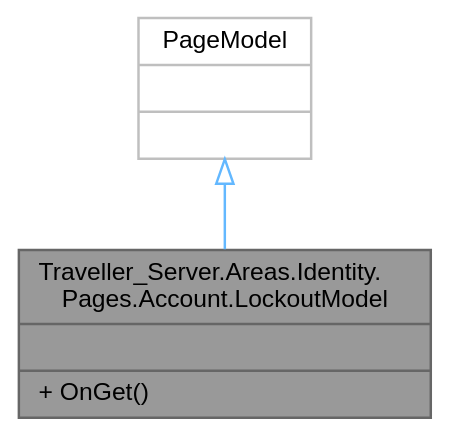
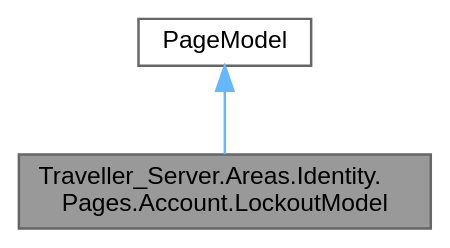
One commit to VenelinArgirov/manual-tecnico.github.io changed the diagram in Servidor/class_traveller___server_1_1_areas_1_1_identity_1_1_pages_1_1_account_1_1_lockout_model__inherit__graph.dot. Above: the diagram before and after it, drawn with Graphviz. The commit also changed 819 other files, not shown here.

```diff
--- a/Servidor/class_traveller___server_1_1_areas_1_1_identity_1_1_pages_1_1_account_1_1_lockout_model__inherit__graph.dot
+++ b/Servidor/class_traveller___server_1_1_areas_1_1_identity_1_1_pages_1_1_account_1_1_lockout_model__inherit__graph.dot
@@ -1,10 +1,10 @@
 digraph "Traveller_Server.Areas.Identity.Pages.Account.LockoutModel"
 {
  // LATEX_PDF_SIZE
   bgcolor="transparent";
   edge [fontname=Helvetica,fontsize=10,labelfontname=Helvetica,labelfontsize=10];
   node [fontname=Helvetica,fontsize=10,shape=box,height=0.2,width=0.4];
-  Node1 [shape=record,label="{Traveller_Server.Areas.Identity.\lPages.Account.LockoutModel\n||+ OnGet()\l}",height=0.2,width=0.4,color="gray40", fillcolor="grey60", style="filled", fontcolor="black",tooltip="This API supports the ASP.NET Core Identity default UI infrastructure and is not intended to be used ..."];
-  Node2 -> Node1 [dir="back",color="steelblue1",style="solid",arrowtail="onormal"];
-  Node2 [shape=record,label="{PageModel\n||}",height=0.2,width=0.4,color="grey75", fillcolor="white", style="filled",tooltip=" "];
+  Node1 [label="Traveller_Server.Areas.Identity.\lPages.Account.LockoutModel",height=0.2,width=0.4,color="gray40", fillcolor="grey60", style="filled", fontcolor="black",tooltip="This API supports the ASP.NET Core Identity default UI infrastructure and is not intended to be used ..."];
+  Node2 -> Node1 [dir="back",color="steelblue1",style="solid"];
+  Node2 [label="PageModel",height=0.2,width=0.4,color="gray40", fillcolor="white", style="filled",tooltip=" "];
 }
```
